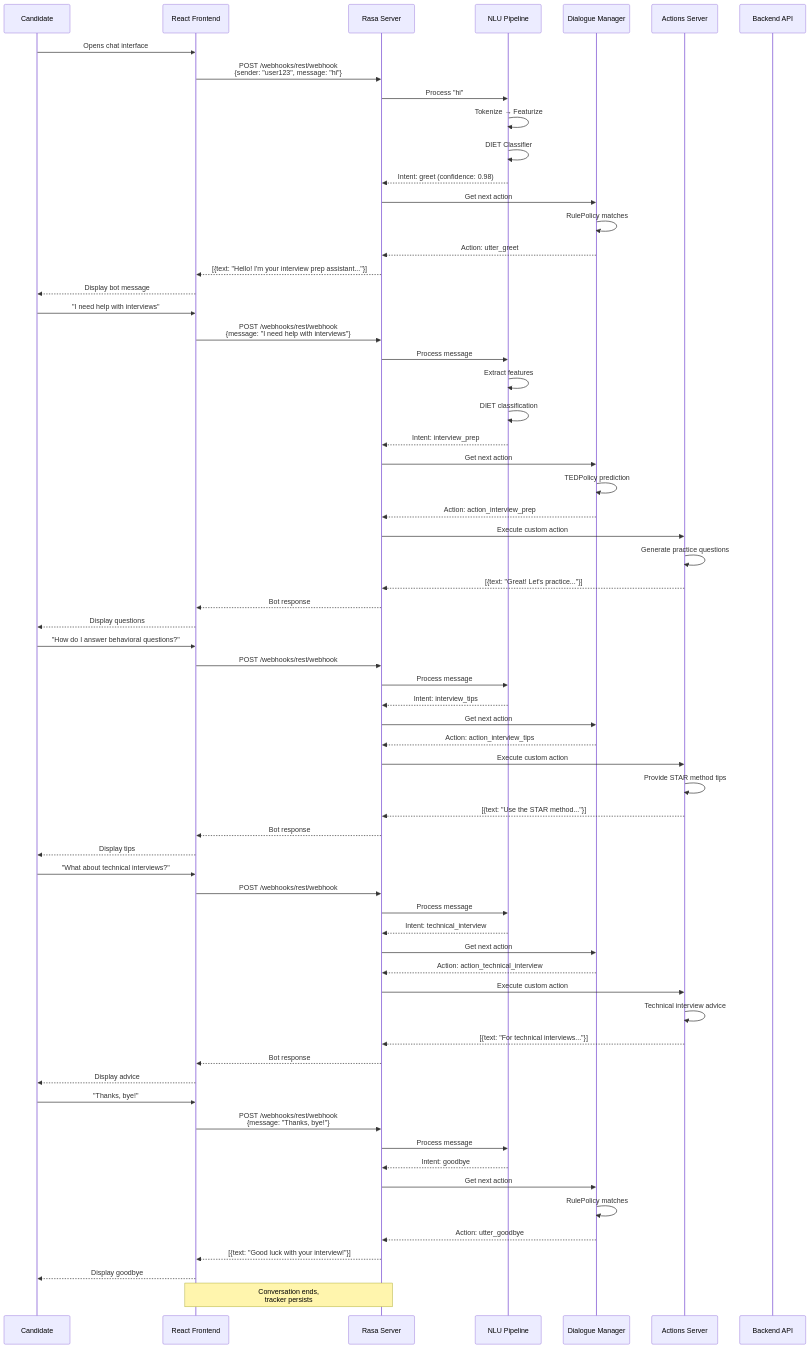
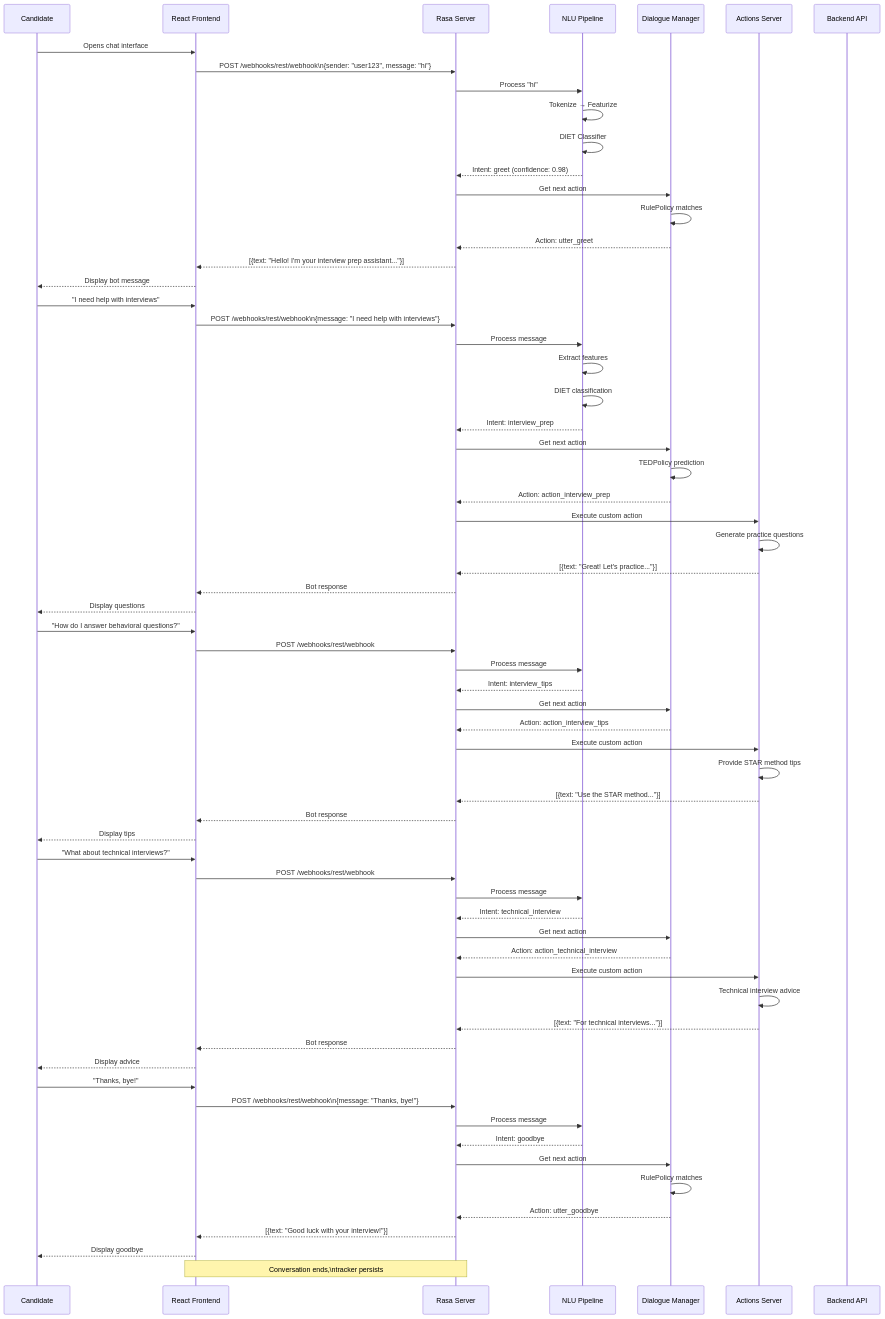
Before and after one commit to Anvitha-git/AI-Driven-Resume-Screening: the second of 2 diagrams in docs/CHATBOT_DOCUMENTATION.md, drawn with Mermaid. The commit also changed other lines of this file and 2 other files, not shown here.

Commit message:
Mermaid: replace <br/> with \n in labels and notes for GitHub rendering

````diff
--- a/docs/CHATBOT_DOCUMENTATION.md
+++ b/docs/CHATBOT_DOCUMENTATION.md
@@ -168,77 +168,77 @@
 ```mermaid
 sequenceDiagram
     participant User as Candidate
     participant FE as React Frontend
     participant Rasa as Rasa Server
     participant NLU as NLU Pipeline
     participant DM as Dialogue Manager
     participant Action as Actions Server
     participant DB as Backend API
 
     %% Initial Greeting
     User->>FE: Opens chat interface
-    FE->>Rasa: POST /webhooks/rest/webhook<br/>{sender: "user123", message: "hi"}
+    FE->>Rasa: POST /webhooks/rest/webhook\n{sender: "user123", message: "hi"}
     Rasa->>NLU: Process "hi"
     NLU->>NLU: Tokenize → Featurize
     NLU->>NLU: DIET Classifier
     NLU-->>Rasa: Intent: greet (confidence: 0.98)
     Rasa->>DM: Get next action
     DM->>DM: RulePolicy matches
     DM-->>Rasa: Action: utter_greet
     Rasa-->>FE: [{text: "Hello! I'm your interview prep assistant..."}]
     FE-->>User: Display bot message
 
     %% Interview Prep Request
     User->>FE: "I need help with interviews"
-    FE->>Rasa: POST /webhooks/rest/webhook<br/>{message: "I need help with interviews"}
+    FE->>Rasa: POST /webhooks/rest/webhook\n{message: "I need help with interviews"}
     Rasa->>NLU: Process message
     NLU->>NLU: Extract features
     NLU->>NLU: DIET classification
     NLU-->>Rasa: Intent: interview_prep
     Rasa->>DM: Get next action
     DM->>DM: TEDPolicy prediction
     DM-->>Rasa: Action: action_interview_prep
     Rasa->>Action: Execute custom action
     Action->>Action: Generate practice questions
     Action-->>Rasa: [{text: "Great! Let's practice..."}]
     Rasa-->>FE: Bot response
     FE-->>User: Display questions
 
     %% Behavioral Question Tips
     User->>FE: "How do I answer behavioral questions?"
     FE->>Rasa: POST /webhooks/rest/webhook
     Rasa->>NLU: Process message
     NLU-->>Rasa: Intent: interview_tips
     Rasa->>DM: Get next action
     DM-->>Rasa: Action: action_interview_tips
     Rasa->>Action: Execute custom action
     Action->>Action: Provide STAR method tips
     Action-->>Rasa: [{text: "Use the STAR method..."}]
     Rasa-->>FE: Bot response
     FE-->>User: Display tips
 
     %% Technical Interview
     User->>FE: "What about technical interviews?"
     FE->>Rasa: POST /webhooks/rest/webhook
     Rasa->>NLU: Process message
     NLU-->>Rasa: Intent: technical_interview
     Rasa->>DM: Get next action
     DM-->>Rasa: Action: action_technical_interview
     Rasa->>Action: Execute custom action
     Action->>Action: Technical interview advice
     Action-->>Rasa: [{text: "For technical interviews..."}]
     Rasa-->>FE: Bot response
     FE-->>User: Display advice
 
     %% End Conversation
     User->>FE: "Thanks, bye!"
-    FE->>Rasa: POST /webhooks/rest/webhook<br/>{message: "Thanks, bye!"}
+    FE->>Rasa: POST /webhooks/rest/webhook\n{message: "Thanks, bye!"}
     Rasa->>NLU: Process message
     NLU-->>Rasa: Intent: goodbye
     Rasa->>DM: Get next action
     DM->>DM: RulePolicy matches
     DM-->>Rasa: Action: utter_goodbye
     Rasa-->>FE: [{text: "Good luck with your interview!"}]
     FE-->>User: Display goodbye
-    Note over FE,Rasa: Conversation ends,<br/>tracker persists
+    Note over FE,Rasa: Conversation ends,\ntracker persists
 ```
````
